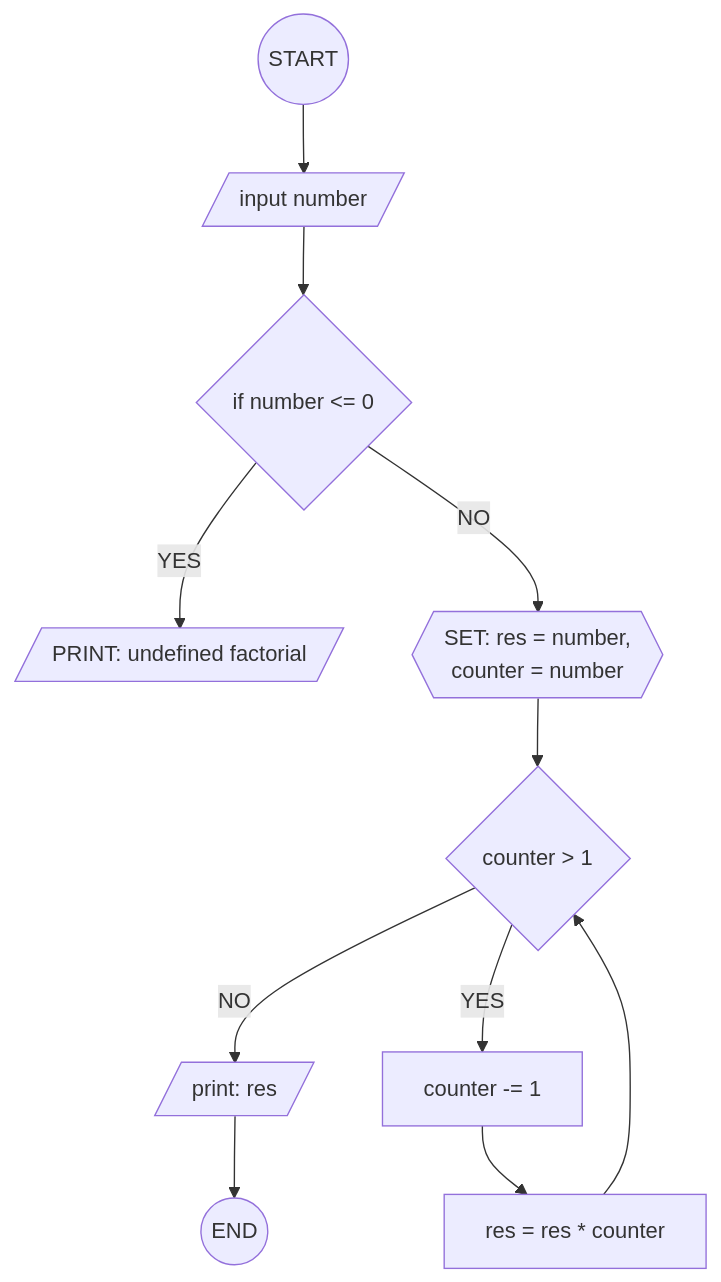
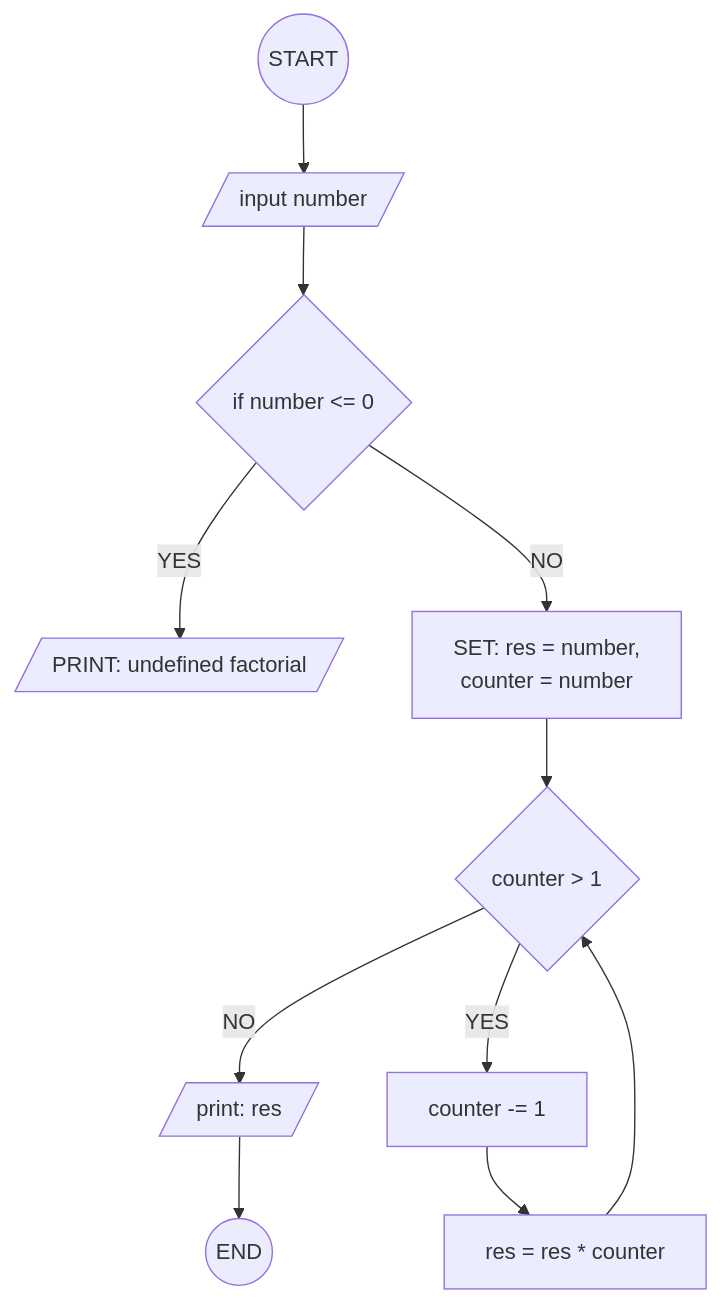
Before and after one commit to ihabau/lexicon-WS-flowchats: the second of 2 diagrams in Exercise9.md, drawn with Mermaid. The commit also changed other lines of this file and 8 other files, not shown here.

````diff
--- a/Exercise9.md
+++ b/Exercise9.md
@@ -42,10 +42,10 @@
 ```mermaid
 flowchart TD
 S((START)) --> IN[/input number/]
 IN --> IFUD{if number <= 0} -- YES --> OUTUN[/PRINT: undefined factorial/]
-IFUD -- NO --> SET{{"`SET: res = number,
-counter = number`"}}
+IFUD -- NO --> SET["`SET: res = number,
+counter = number`"]
 SET --> LOOP{counter > 1} -- NO --> PRINT[/print: res/] --> E((END))
 LOOP -- YES --> INC[counter -= 1] --> CALC[res = res * counter]
 CALC --> LOOP
 ```
````
